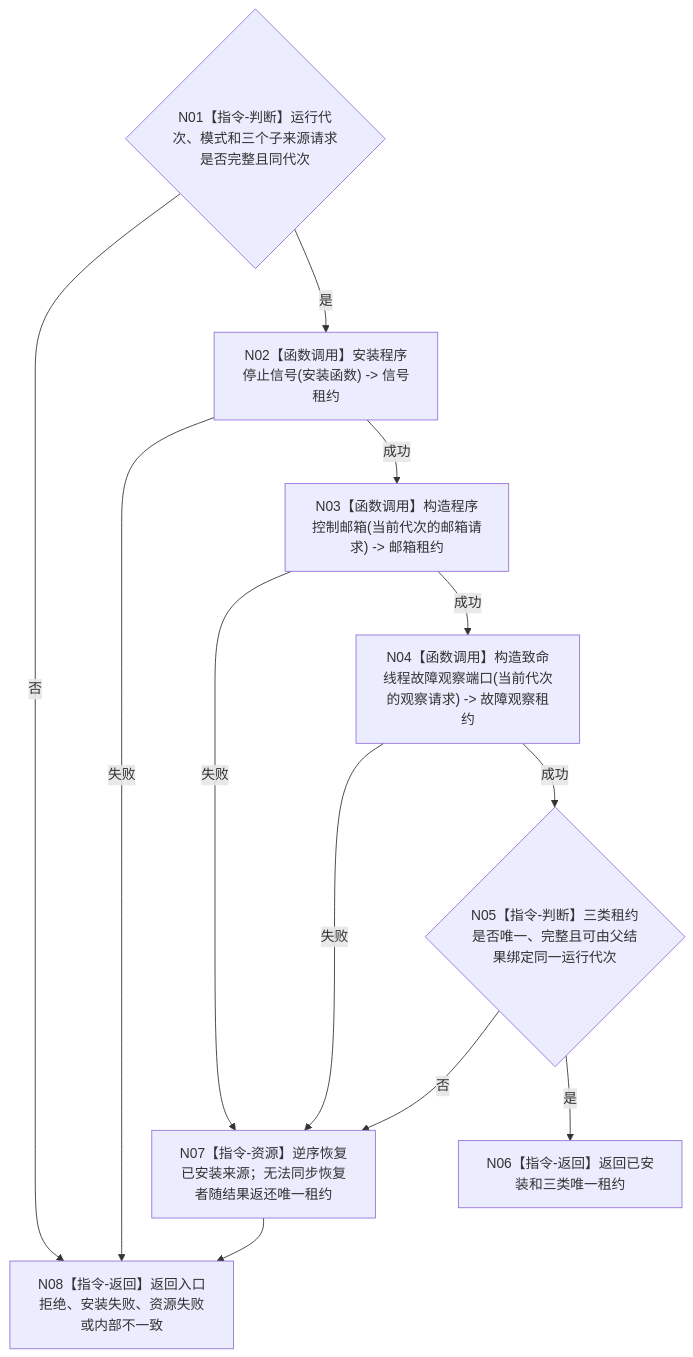
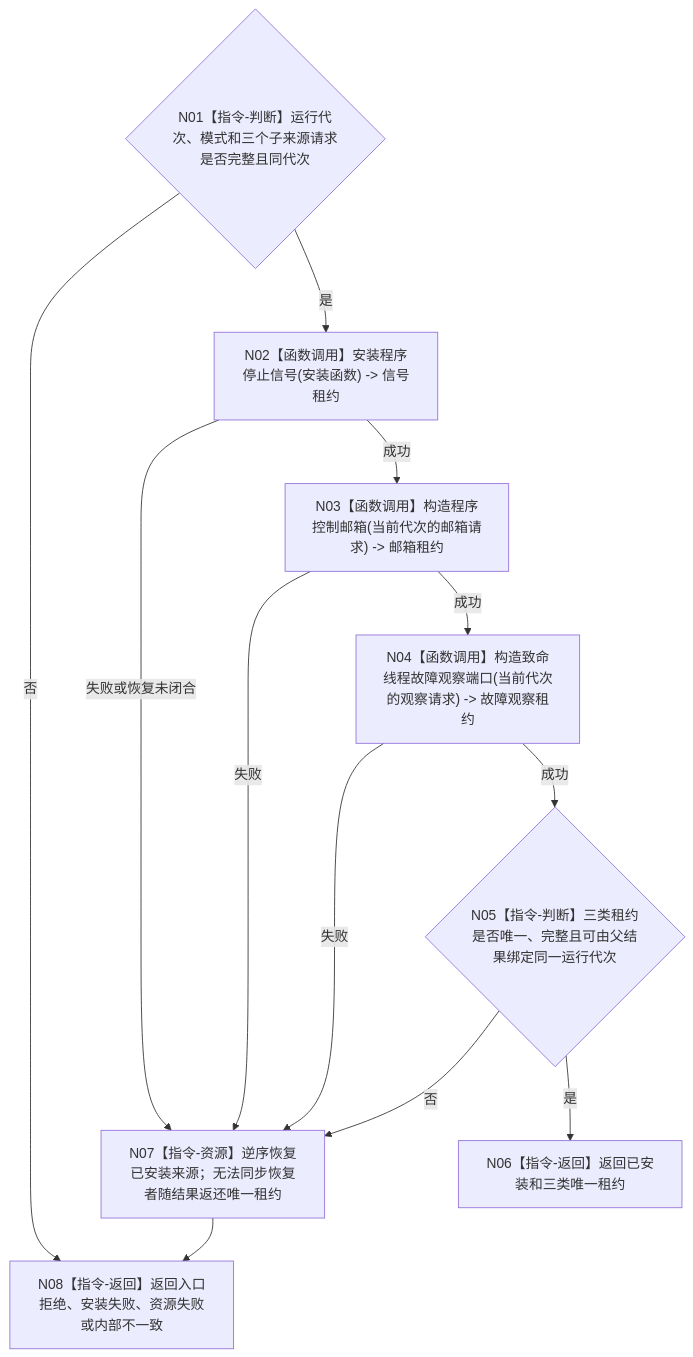
The diagram in 流程图/目标业务流程图/L2/BIZ-L2-001-02_安装程序停止来源_目标函数流程图_v0.2.md (chunhaizh-cyber/HY-Ego), drawn with Mermaid before and after one commit. The commit also changed other lines of this file and 6 other files, not shown here.

````diff
--- a/流程图/目标业务流程图/L2/BIZ-L2-001-02_安装程序停止来源_目标函数流程图_v0.2.md
+++ b/流程图/目标业务流程图/L2/BIZ-L2-001-02_安装程序停止来源_目标函数流程图_v0.2.md
@@ -35,23 +35,23 @@
 ```mermaid
 flowchart TD
     N01{"N01【指令-判断】运行代次、模式和三个子来源请求是否完整且同代次"}
     N02["N02【函数调用】安装程序停止信号(安装函数) -> 信号租约"]
     N03["N03【函数调用】构造程序控制邮箱(当前代次的邮箱请求) -> 邮箱租约"]
     N04["N04【函数调用】构造致命线程故障观察端口(当前代次的观察请求) -> 故障观察租约"]
     N05{"N05【指令-判断】三类租约是否唯一、完整且可由父结果绑定同一运行代次"}
     N06["N06【指令-返回】返回已安装和三类唯一租约"]
     N07["N07【指令-资源】逆序恢复已安装来源；无法同步恢复者随结果返还唯一租约"]
     N08["N08【指令-返回】返回入口拒绝、安装失败、资源失败或内部不一致"]
 
     N01 -->|否| N08
     N01 -->|是| N02
-    N02 -->|失败| N08
+    N02 -->|失败或恢复未闭合| N07
     N02 -->|成功| N03
     N03 -->|失败| N07
     N03 -->|成功| N04
     N04 -->|失败| N07
     N04 -->|成功| N05
     N05 -->|否| N07
     N05 -->|是| N06
     N07 --> N08
 ```
````
